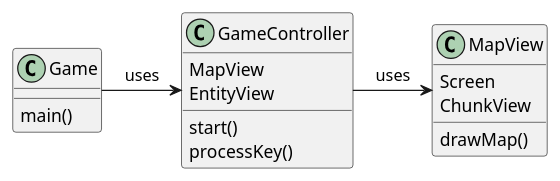
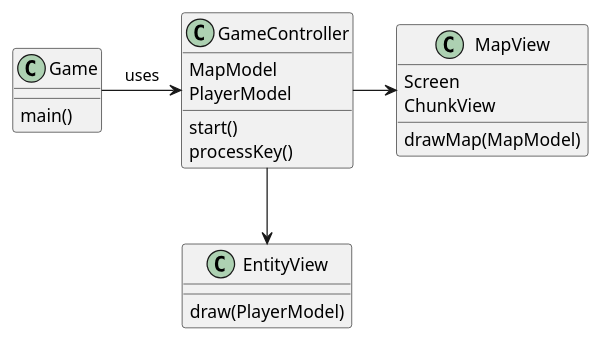
The first of 2 diagrams in docs/README.md (rafaelribeiro1510/ASCIIValley), drawn with PlantUML before and after one commit. The commit also changed other lines of this file and 14 other files, not shown here.

````diff
--- a/docs/README.md
+++ b/docs/README.md
@@ -68,20 +70,24 @@
 ```puml
 @startuml
 class Game{
   main()
 }
 class GameController{
-  MapView
-  EntityView  
+  MapModel
+  PlayerModel
   start()  
   processKey()
 }
 class MapView{
   Screen
   ChunkView
-  drawMap()
+  drawMap(MapModel)
+}
+class EntityView{
+  draw(PlayerModel)
 }
 Game -> GameController : uses
-GameController -> MapView : uses
+GameController -> MapView
+GameController --> EntityView 
 @enduml
 ```
````
